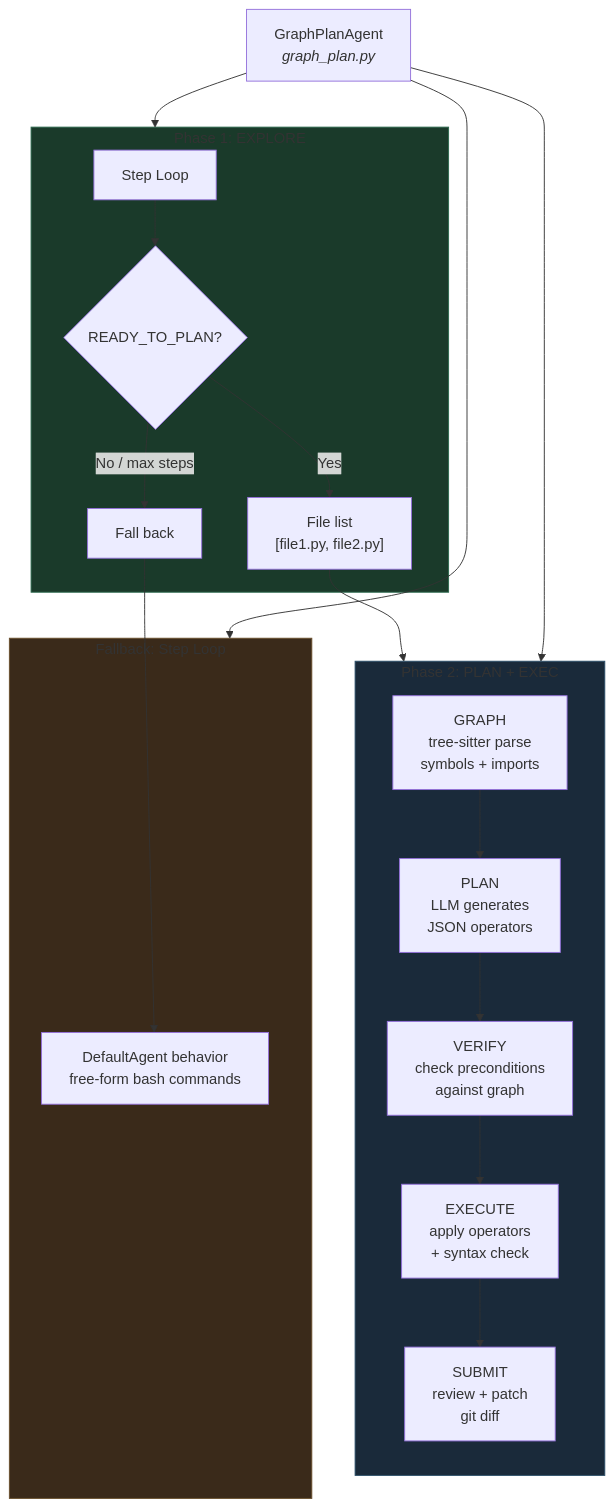
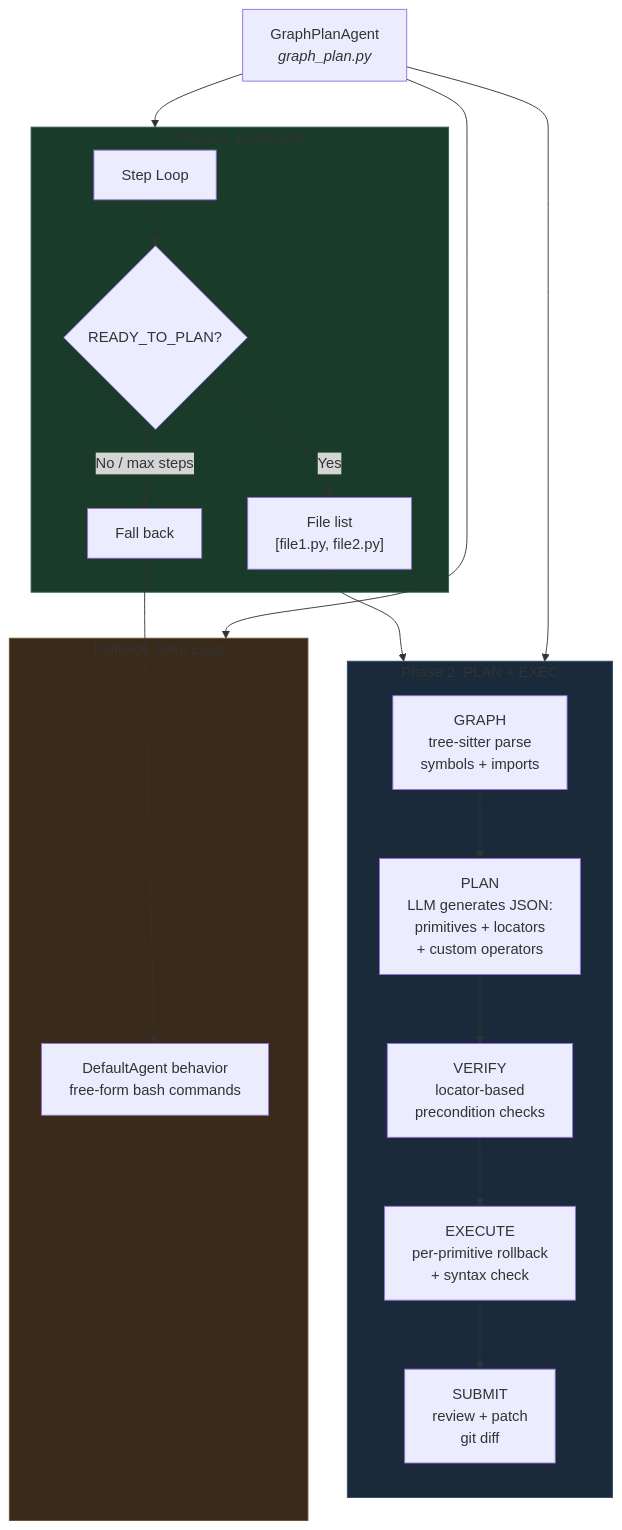
Before and after one commit to toreleon/graph-transform-agent: the first of 15 diagrams in _bmad-output/research/graphplan-architecture.md, drawn with Mermaid. The commit also changed other lines of this file and 4 other files, not shown here.

First line of the commit message:
Feat(GraphPlan): Implement AST-node transformation primitives with locator system

````diff
--- a/_bmad-output/research/graphplan-architecture.md
+++ b/_bmad-output/research/graphplan-architecture.md
@@ -17,36 +20,36 @@
 ```mermaid
 graph TB
     Agent[GraphPlanAgent<br/><i>graph_plan.py</i>]
 
     Agent --> Explore
     Agent --> PlanExec
     Agent --> Fallback
 
     subgraph Explore ["Phase 1: EXPLORE"]
         E1[Step Loop] --> E2{READY_TO_PLAN?}
         E2 -->|Yes| E3["File list<br/>[file1.py, file2.py]"]
         E2 -->|No / max steps| FallbackRef[Fall back]
     end
 
     subgraph PlanExec ["Phase 2: PLAN + EXEC"]
         direction TB
         Graph["GRAPH<br/>tree-sitter parse<br/>symbols + imports"]
-        Plan["PLAN<br/>LLM generates<br/>JSON operators"]
-        Verify["VERIFY<br/>check preconditions<br/>against graph"]
-        Exec["EXECUTE<br/>apply operators<br/>+ syntax check"]
+        Plan["PLAN<br/>LLM generates JSON:<br/>primitives + locators<br/>+ custom operators"]
+        Verify["VERIFY<br/>locator-based<br/>precondition checks"]
+        Exec["EXECUTE<br/>per-primitive rollback<br/>+ syntax check"]
         Submit["SUBMIT<br/>review + patch<br/>git diff"]
 
         Graph --> Plan --> Verify --> Exec --> Submit
     end
 
     subgraph Fallback ["Fallback: Step Loop"]
         FB1[DefaultAgent behavior<br/>free-form bash commands]
     end
 
     E3 --> Graph
     FallbackRef --> FB1
 
     style Explore fill:#1a3a2a,stroke:#2d6a4f
     style PlanExec fill:#1a2a3a,stroke:#2d4f6a
     style Fallback fill:#3a2a1a,stroke:#6a4f2d
 ```
````
